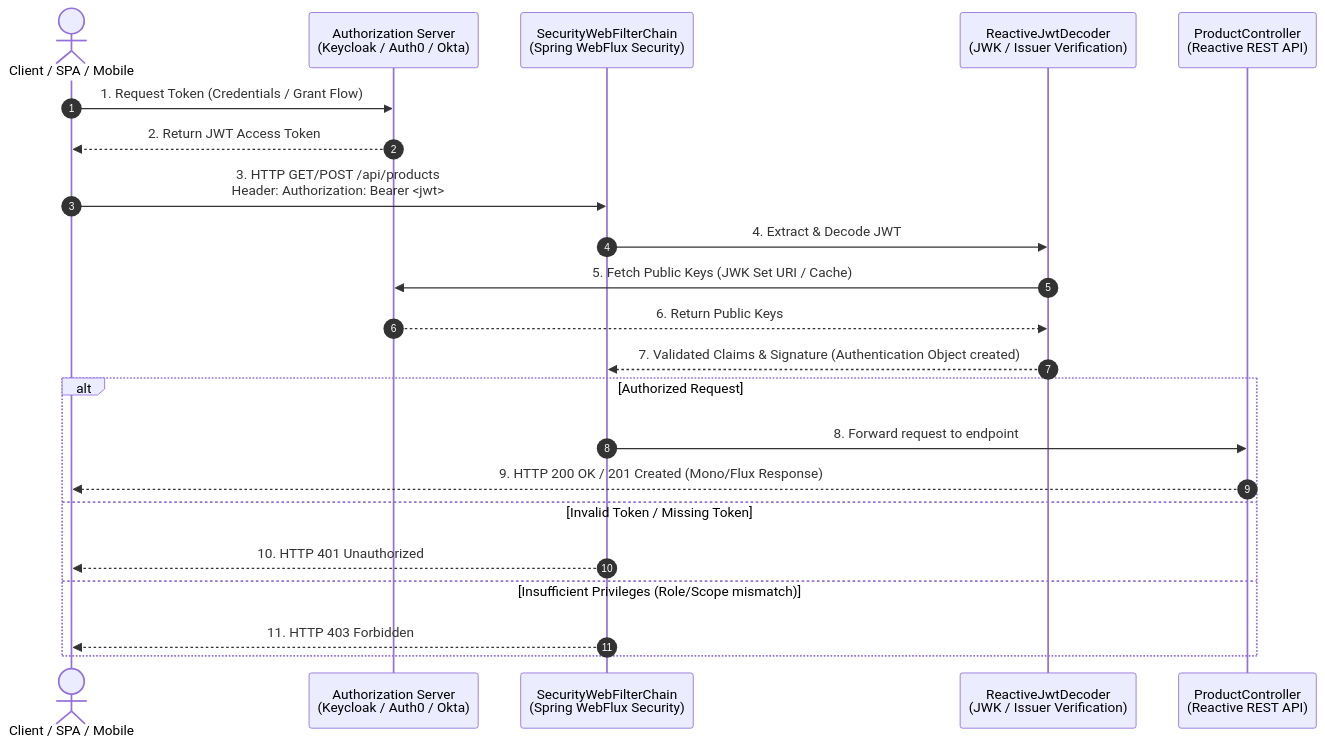
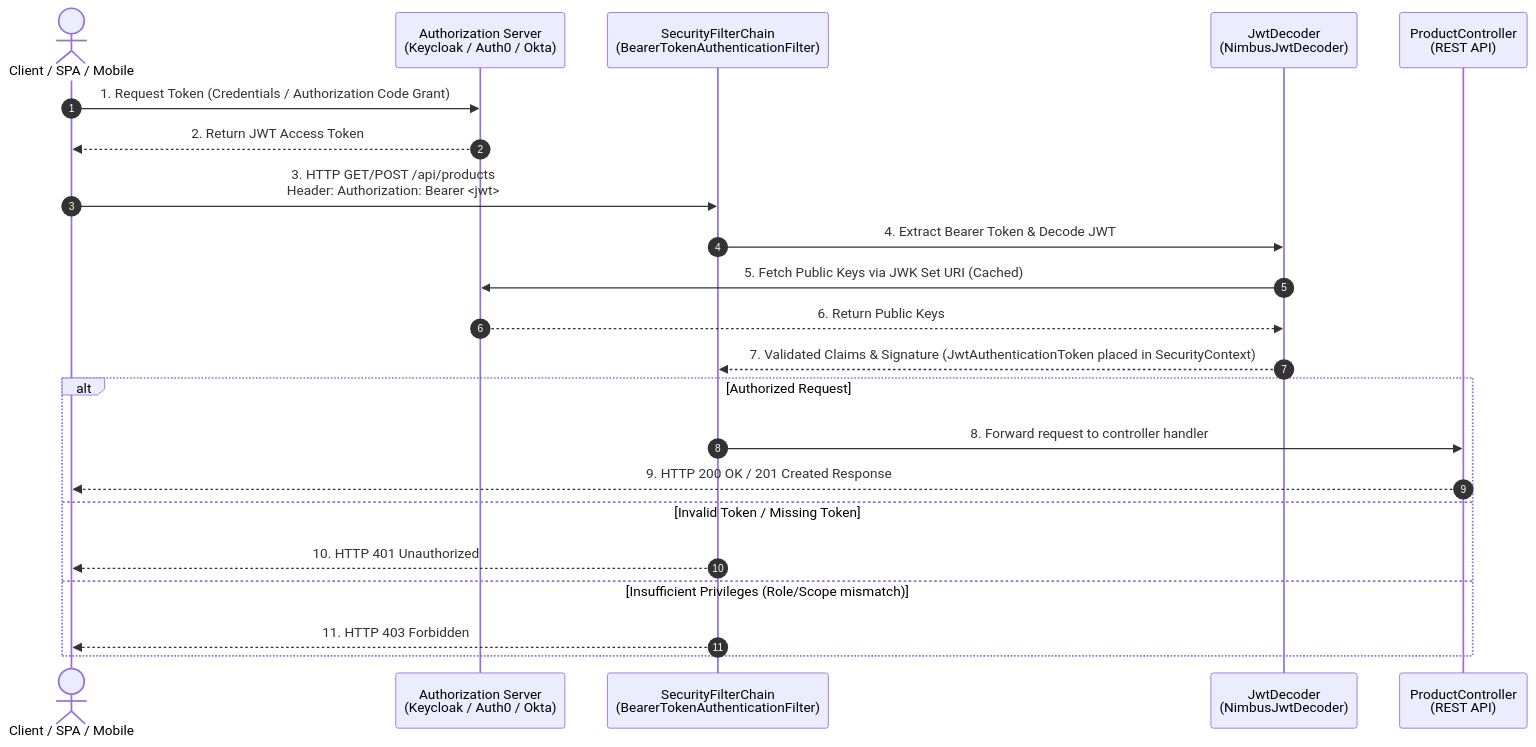
Before and after one commit to roy0111/springbootpractice: the diagram in security.md, drawn with Mermaid. The commit also changed other lines of this file and 1 other file, not shown here.

Commit message:
Update security config and security.md to use standard Servlet-based Spring Security instead of WebFlux

````diff
--- a/security.md
+++ b/security.md
@@ -47,27 +47,27 @@
 ```mermaid
 sequenceDiagram
     autonumber
     actor Client as Client / SPA / Mobile
     participant AuthServer as Authorization Server<br/>(Keycloak / Auth0 / Okta)
-    participant Gateway as SecurityWebFilterChain<br/>(Spring WebFlux Security)
-    participant Decoder as ReactiveJwtDecoder<br/>(JWK / Issuer Verification)
-    participant Controller as ProductController<br/>(Reactive REST API)
+    participant FilterChain as SecurityFilterChain<br/>(BearerTokenAuthenticationFilter)
+    participant Decoder as JwtDecoder<br/>(NimbusJwtDecoder)
+    participant Controller as ProductController<br/>(REST API)
 
-    Client->>AuthServer: 1. Request Token (Credentials / Grant Flow)
+    Client->>AuthServer: 1. Request Token (Credentials / Authorization Code Grant)
     AuthServer-->>Client: 2. Return JWT Access Token
 
-    Client->>Gateway: 3. HTTP GET/POST /api/products<br/>Header: Authorization: Bearer <jwt>
-    Gateway->>Decoder: 4. Extract & Decode JWT
-    Decoder->>AuthServer: 5. Fetch Public Keys (JWK Set URI / Cache)
+    Client->>FilterChain: 3. HTTP GET/POST /api/products<br/>Header: Authorization: Bearer <jwt>
+    FilterChain->>Decoder: 4. Extract Bearer Token & Decode JWT
+    Decoder->>AuthServer: 5. Fetch Public Keys via JWK Set URI (Cached)
     AuthServer-->>Decoder: 6. Return Public Keys
-    Decoder-->>Gateway: 7. Validated Claims & Signature (Authentication Object created)
+    Decoder-->>FilterChain: 7. Validated Claims & Signature (JwtAuthenticationToken placed in SecurityContext)
     
     alt Authorized Request
-        Gateway->>Controller: 8. Forward request to endpoint
-        Controller-->>Client: 9. HTTP 200 OK / 201 Created (Mono/Flux Response)
+        FilterChain->>Controller: 8. Forward request to controller handler
+        Controller-->>Client: 9. HTTP 200 OK / 201 Created Response
     else Invalid Token / Missing Token
-        Gateway-->>Client: 10. HTTP 401 Unauthorized
+        FilterChain-->>Client: 10. HTTP 401 Unauthorized
     else Insufficient Privileges (Role/Scope mismatch)
-        Gateway-->>Client: 11. HTTP 403 Forbidden
+        FilterChain-->>Client: 11. HTTP 403 Forbidden
     end
 ```
````
